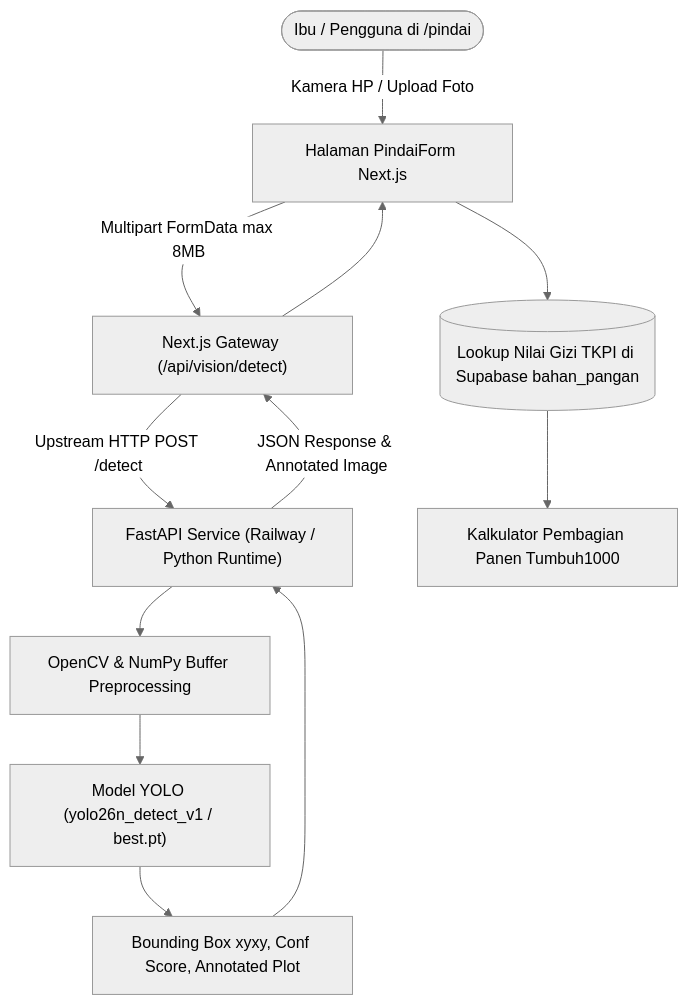
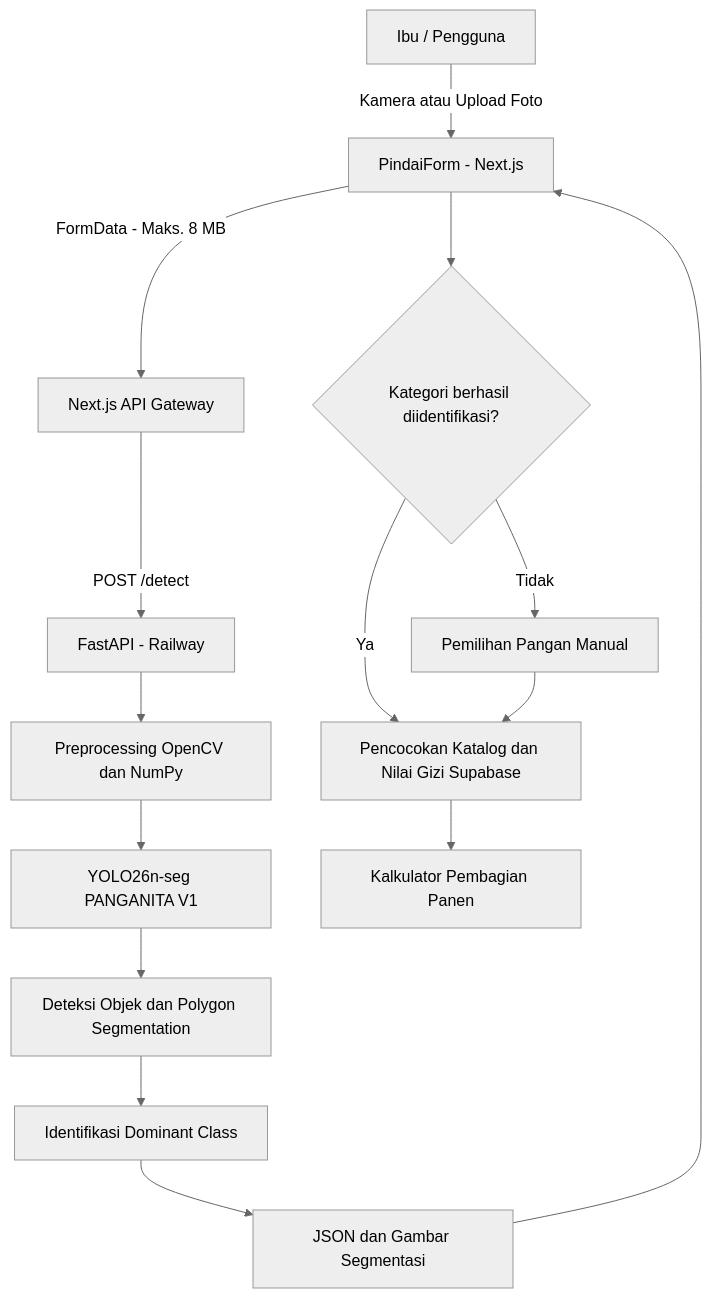
The second of 2 diagrams in docs/DOKUMENTASI_FITUR_AI.md (aulyaa12/Projek-Web-Panganita), drawn with Mermaid (neutral theme) before and after one commit. The commit also changed other lines of this file and 1 other file, not shown here.

Commit message:
docs: update README and YOLO26n-seg documentation

````diff
--- a/docs/DOKUMENTASI_FITUR_AI.md
+++ b/docs/DOKUMENTASI_FITUR_AI.md
@@ -61,14 +70,17 @@
 ```mermaid
 flowchart TD
-    User([Ibu / Pengguna di /pindai]) -->|Kamera HP / Upload Foto| ClientUI[Halaman PindaiForm Next.js]
-    ClientUI -->|Multipart FormData max 8MB| NextAPI["Next.js Gateway (/api/vision/detect)"]
-    NextAPI -->|Upstream HTTP POST /detect| FastAPIService["FastAPI Service (Railway / Python Runtime)"]
-    FastAPIService --> ImgPreproc[OpenCV & NumPy Buffer Preprocessing]
-    ImgPreproc --> YOLOModel["Model YOLO (yolo26n_detect_v1 / best.pt)"]
-    YOLOModel --> PostProc[Bounding Box xyxy, Conf Score, Annotated Plot]
-    PostProc --> FastAPIService
-    FastAPIService -->|JSON Response & Annotated Image| NextAPI
-    NextAPI --> ClientUI
-    ClientUI --> DBCheck[(Lookup Nilai Gizi TKPI di Supabase bahan_pangan)]
-    DBCheck --> CalcEngine[Kalkulator Pembagian Panen Tumbuh1000]
+    User["Ibu / Pengguna"] -->|Kamera atau Upload Foto| ClientUI["PindaiForm - Next.js"]
+    ClientUI -->|"FormData - Maks. 8 MB"| NextAPI["Next.js API Gateway"]
+    NextAPI -->|"POST /detect"| FastAPI["FastAPI - Railway"]
+    FastAPI --> Preprocess["Preprocessing OpenCV dan NumPy"]
+    Preprocess --> YOLO["YOLO26n-seg PANGANITA V1"]
+    YOLO --> Segment["Deteksi Objek dan Polygon Segmentation"]
+    Segment --> Dominant["Identifikasi Dominant Class"]
+    Dominant --> Response["JSON dan Gambar Segmentasi"]
+    Response --> ClientUI
+    ClientUI --> Check{"Kategori berhasil diidentifikasi?"}
+    Check -->|Ya| Supabase["Pencocokan Katalog dan Nilai Gizi Supabase"]
+    Check -->|Tidak| Manual["Pemilihan Pangan Manual"]
+    Manual --> Supabase
+    Supabase --> Kalkulator["Kalkulator Pembagian Panen"]
 ```
````
